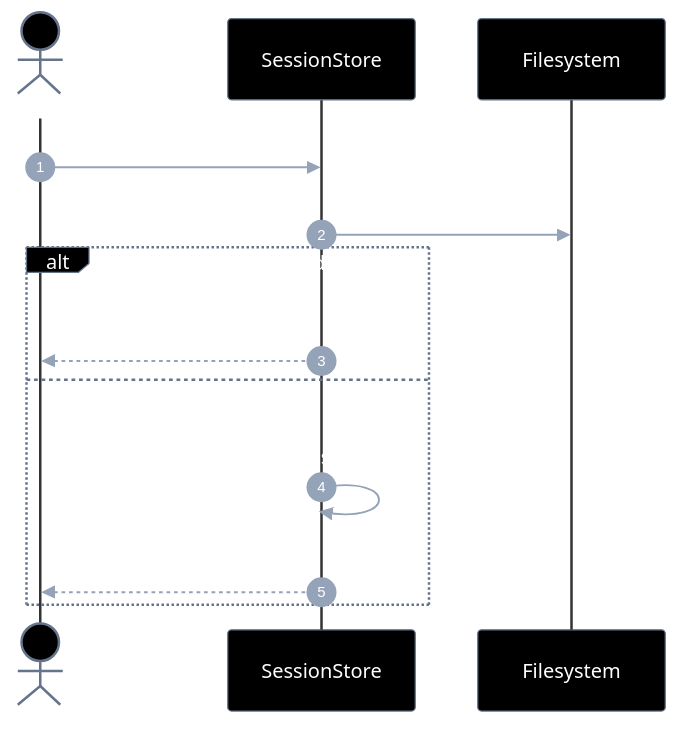
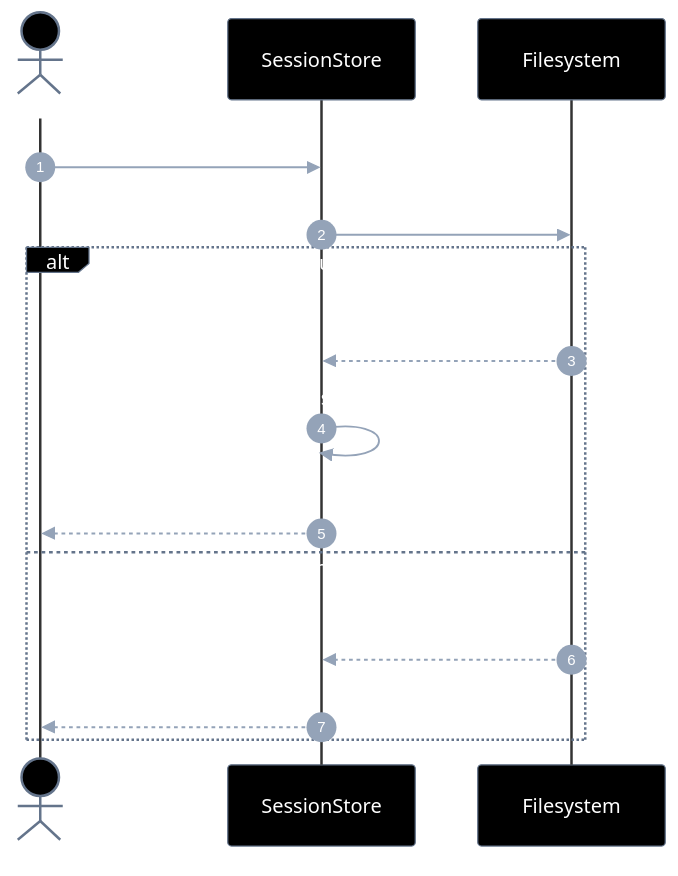
One commit to laerciogermano/workstation changed the third of 4 diagrams in connectmax/screen-robot/epics/EP-06-sessao/5.implementation-plan.md. Above: the diagram before and after it, drawn with Mermaid. The commit also changed other lines of this file and 5 other files, not shown here.

Commit message:
Completa retornos faltantes em todos os diagramas de sequência dos planos.

````diff
--- a/connectmax/screen-robot/epics/EP-06-sessao/5.implementation-plan.md
+++ b/connectmax/screen-robot/epics/EP-06-sessao/5.implementation-plan.md
@@ -205,57 +207,59 @@
 ```mermaid
 ---
 config:
   theme: base
   themeVariables:
     darkMode: true
     background: '#000000'
     primaryColor: '#000000'
     primaryTextColor: '#ffffff'
     primaryBorderColor: '#64748b'
     secondaryColor: '#000000'
     secondaryTextColor: '#ffffff'
     secondaryBorderColor: '#64748b'
     tertiaryColor: '#000000'
     tertiaryTextColor: '#ffffff'
     tertiaryBorderColor: '#64748b'
     lineColor: '#64748b'
     textColor: '#ffffff'
     mainBkg: '#000000'
     nodeBorder: '#64748b'
     clusterBkg: '#000000'
     clusterBorder: '#333333'
     titleColor: '#ffffff'
     edgeLabelBackground: '#000000'
     actorBkg: '#000000'
     actorBorder: '#64748b'
     actorTextColor: '#ffffff'
     actorLineColor: '#333333'
     signalColor: '#94a3b8'
     signalTextColor: '#ffffff'
     labelBoxBkgColor: '#000000'
     labelBoxBorderColor: '#64748b'
     labelTextColor: '#ffffff'
     loopTextColor: '#ffffff'
     noteBorderColor: '#64748b'
     noteBkgColor: '#111111'
     noteTextColor: '#ffffff'
     activationBorderColor: '#64748b'
     activationBkgColor: '#1a1a1a'
     sequenceNumberColor: '#ffffff'
     classText: '#ffffff'
 ---
 sequenceDiagram
   autonumber
   actor Dev as Caller
   participant S as SessionStore
   participant FS as Filesystem
 
   Dev->>S: restoreSession(path)
   S->>FS: read JSON
-  alt ausente/inválido
-    S-->>Dev: erro
-  else ok
+  alt arquivo ok
+    FS-->>S: content
     S->>S: validar schema
     S-->>Dev: state
+  else ausente/inválido
+    FS-->>S: missing|invalid
+    S-->>Dev: erro
   end
 ```
````
